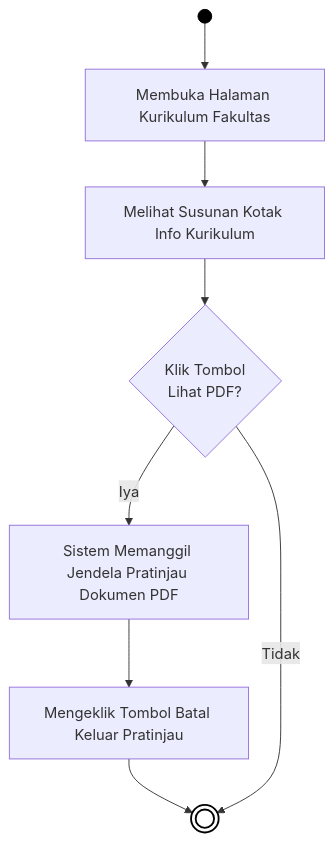
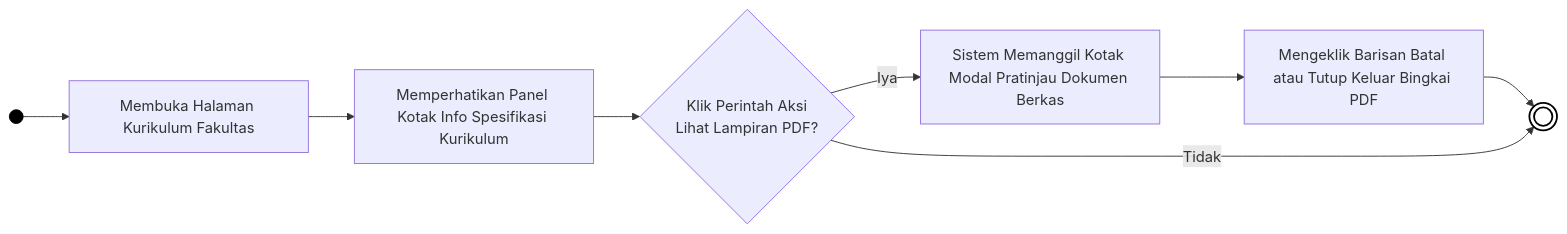
One commit to arbain-dev/Web_fikom changed diagram 11 of 12 in docs/01B_DIAGRAM_AKTIVITAS_PUBLIK.md. Above: the diagram before and after it, drawn with Mermaid. The commit also changed other lines of this file, not shown here.

Commit message:
docs: merombak seluruh orientasi diagram aktivitas menjadi horizontal (LR) serta fan-out agar mengular ke samping alih-alih memanjang tajam ke bawah

````diff
--- a/docs/01B_DIAGRAM_AKTIVITAS_PUBLIK.md
+++ b/docs/01B_DIAGRAM_AKTIVITAS_PUBLIK.md
@@ -311,16 +283,16 @@
 ```mermaid
-flowchart TD
+flowchart LR
     Start(( )) --> A[Membuka Halaman Kurikulum Fakultas]
     
-    A --> B[Melihat Susunan Kotak Info Kurikulum]
-    B --> C{Klik Tombol\nLihat PDF?}
+    A --> B[Memperhatikan Panel Kotak Info Spesifikasi Kurikulum]
+    B --> C{Klik Perintah Aksi\nLihat Lampiran PDF?}
     
-    C -- Iya --> D[Sistem Memanggil Jendela Pratinjau Dokumen PDF]
-    D --> E[Mengeklik Tombol Batal Keluar Pratinjau]
+    C -- Iya --> D[Sistem Memanggil Kotak Modal Pratinjau Dokumen Berkas]
+    D --> E[Mengeklik Barisan Batal atau Tutup Keluar Bingkai PDF]
     E --> End((( )))
     
     C -- Tidak --> End
     
     style Start fill:#000,stroke:#000,color:#000
     style End fill:#fff,stroke:#000,stroke-width:2px
 ```
````
